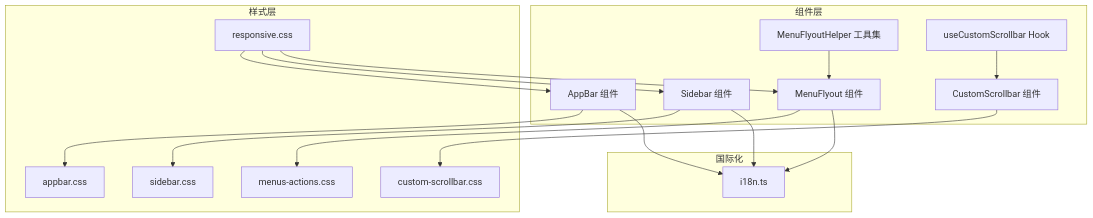
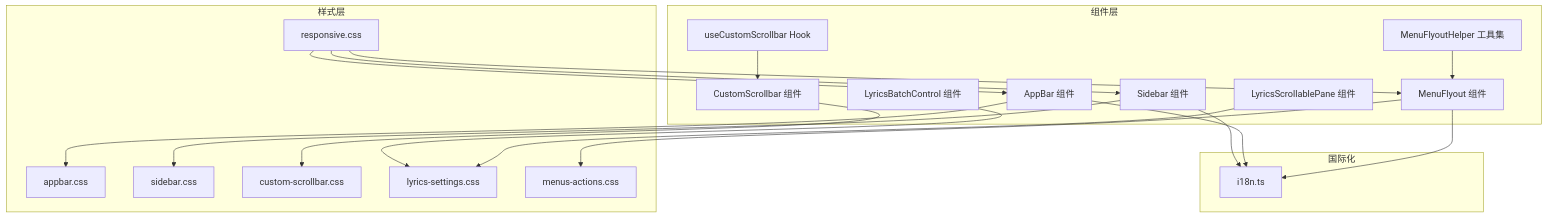
Before and after one commit to SeakyLuo/SMPlayerElectron: the first of 8 diagrams in .qoder/repowiki/zh/content/用户界面/React组件体系/UI基础组件/UI基础组件.md, drawn with Mermaid. The commit also changed other lines of this file and 32 other files, not shown here.

````diff
--- a/.qoder/repowiki/zh/content/用户界面/React组件体系/UI基础组件/UI基础组件.md
+++ b/.qoder/repowiki/zh/content/用户界面/React组件体系/UI基础组件/UI基础组件.md
@@ -43,33 +52,38 @@
 ```mermaid
 graph TB
 subgraph "组件层"
 AppBar["AppBar 组件"]
 Sidebar["Sidebar 组件"]
 CustomScrollbar["CustomScrollbar 组件"]
 MenuFlyout["MenuFlyout 组件"]
 MenuFlyoutHelper["MenuFlyoutHelper 工具集"]
 useCustomScrollbar["useCustomScrollbar Hook"]
+LyricsBatchControl["LyricsBatchControl 组件"]
+LyricsScrollablePane["LyricsScrollablePane 组件"]
 end
 subgraph "样式层"
 appbar_css["appbar.css"]
 sidebar_css["sidebar.css"]
 custom_scrollbar_css["custom-scrollbar.css"]
+lyrics_settings_css["lyrics-settings.css"]
 menus_actions_css["menus-actions.css"]
 responsive_css["responsive.css"]
 end
 subgraph "国际化"
 i18n_ts["i18n.ts"]
 end
 AppBar --> appbar_css
 Sidebar --> sidebar_css
 CustomScrollbar --> custom_scrollbar_css
 MenuFlyout --> menus_actions_css
+LyricsBatchControl --> lyrics_settings_css
+LyricsScrollablePane --> lyrics_settings_css
 MenuFlyoutHelper --> MenuFlyout
 useCustomScrollbar --> CustomScrollbar
 Sidebar --> i18n_ts
 AppBar --> i18n_ts
 MenuFlyout --> i18n_ts
 responsive_css --> AppBar
 responsive_css --> Sidebar
 responsive_css --> MenuFlyout
 ```
````
